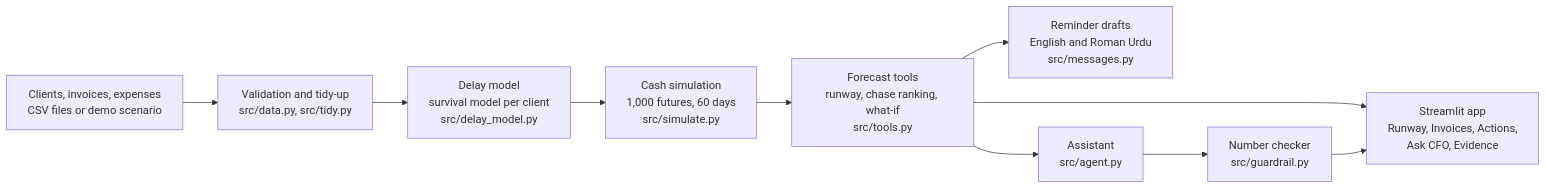
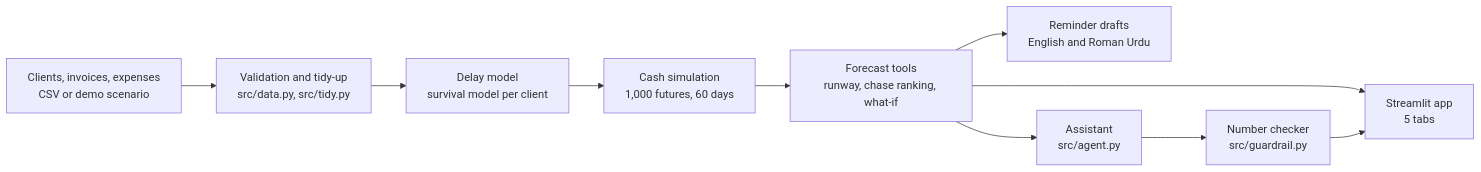
One commit to aima0749/Runway changed the first of 2 diagrams in README.md. Above: the diagram before and after it, drawn with Mermaid. The commit also changed other lines of this file, not shown here.

````diff
--- a/README.md
+++ b/README.md
@@ -90,12 +74,12 @@
 ```mermaid
 flowchart LR
-    A["Clients, invoices, expenses<br/>CSV files or demo scenario"] --> B["Validation and tidy-up<br/>src/data.py, src/tidy.py"]
-    B --> C["Delay model<br/>survival model per client<br/>src/delay_model.py"]
-    C --> D["Cash simulation<br/>1,000 futures, 60 days<br/>src/simulate.py"]
-    D --> E["Forecast tools<br/>runway, chase ranking, what-if<br/>src/tools.py"]
-    E --> F["Streamlit app<br/>Runway, Invoices, Actions,<br/>Ask CFO, Evidence"]
-    E --> G["Reminder drafts<br/>English and Roman Urdu<br/>src/messages.py"]
+    A["Clients, invoices, expenses<br/>CSV or demo scenario"] --> B["Validation and tidy-up<br/>src/data.py, src/tidy.py"]
+    B --> C["Delay model<br/>survival model per client"]
+    C --> D["Cash simulation<br/>1,000 futures, 60 days"]
+    D --> E["Forecast tools<br/>runway, chase ranking, what-if"]
+    E --> F["Streamlit app<br/>5 tabs"]
+    E --> G["Reminder drafts<br/>English and Roman Urdu"]
     E --> H["Assistant<br/>src/agent.py"]
     H --> I["Number checker<br/>src/guardrail.py"]
     I --> F
 ```
````
